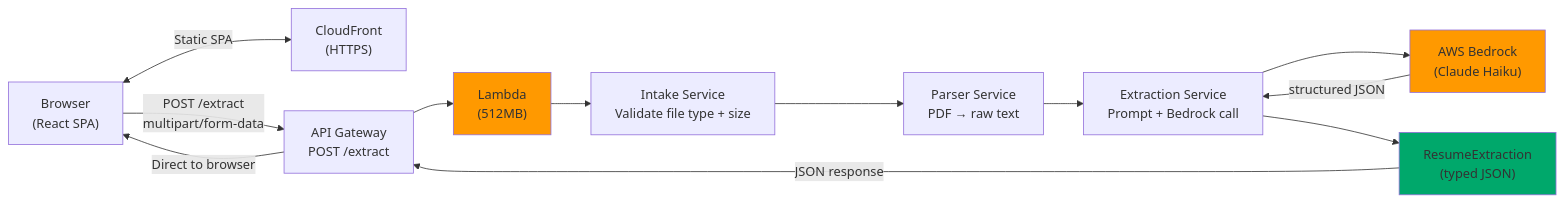
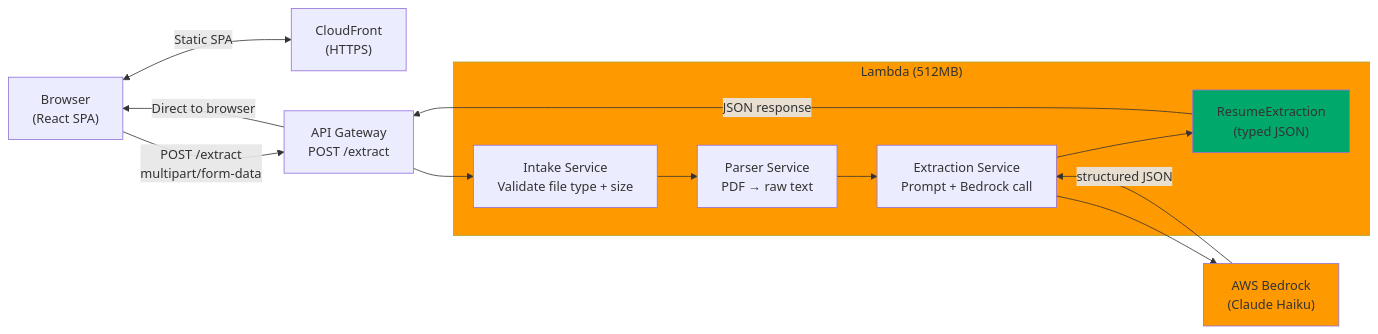
One commit to mwarman/resume-lens changed the diagram in README.md. Above: the diagram before and after it, drawn with Mermaid.

Commit message:
docs: restructure architecture diagram in README.md to encapsulate Lambda services within a subgraph for clarity

````diff
--- a/README.md
+++ b/README.md
@@ -28,28 +28,29 @@
 ```mermaid
 graph LR
     Browser["Browser<br/>(React SPA)"]
     CF["CloudFront<br/>(HTTPS)"]
     APIGW["API Gateway<br/>POST /extract"]
-    Lambda["Lambda<br/>(512MB)"]
-    Intake["Intake Service<br/>Validate file type + size"]
-    Parser["Parser Service<br/>PDF → raw text"]
-    Extraction["Extraction Service<br/>Prompt + Bedrock call"]
     Bedrock["AWS Bedrock<br/>(Claude Haiku)"]
-    Result["ResumeExtraction<br/>(typed JSON)"]
+
+    subgraph Lambda["Lambda (512MB)"]
+        Intake["Intake Service<br/>Validate file type + size"]
+        Parser["Parser Service<br/>PDF → raw text"]
+        Extraction["Extraction Service<br/>Prompt + Bedrock call"]
+        Result["ResumeExtraction<br/>(typed JSON)"]
+    end
 
     Browser <-->|Static SPA| CF
     Browser -->|POST /extract<br/>multipart/form-data| APIGW
-    APIGW --> Lambda
-    Lambda --> Intake
+    APIGW --> Intake
     Intake --> Parser
     Parser --> Extraction
     Extraction --> Bedrock
     Bedrock -->|structured JSON| Extraction
     Extraction --> Result
     Result -->|JSON response| APIGW
     APIGW -->|Direct to browser| Browser
 
     style Bedrock fill:#ff9900
     style Lambda fill:#ff9900
     style Result fill:#00a86b
 ```
````
